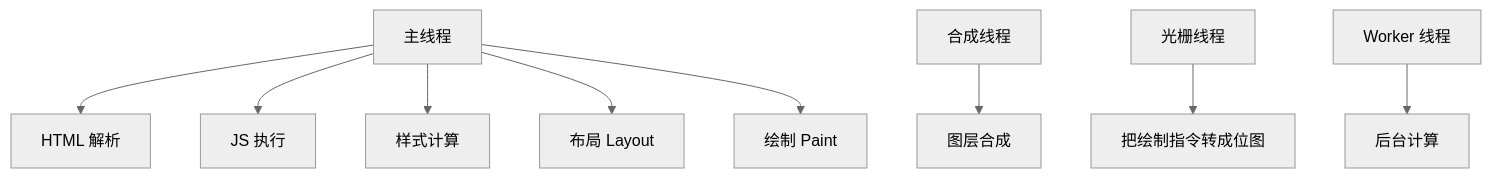
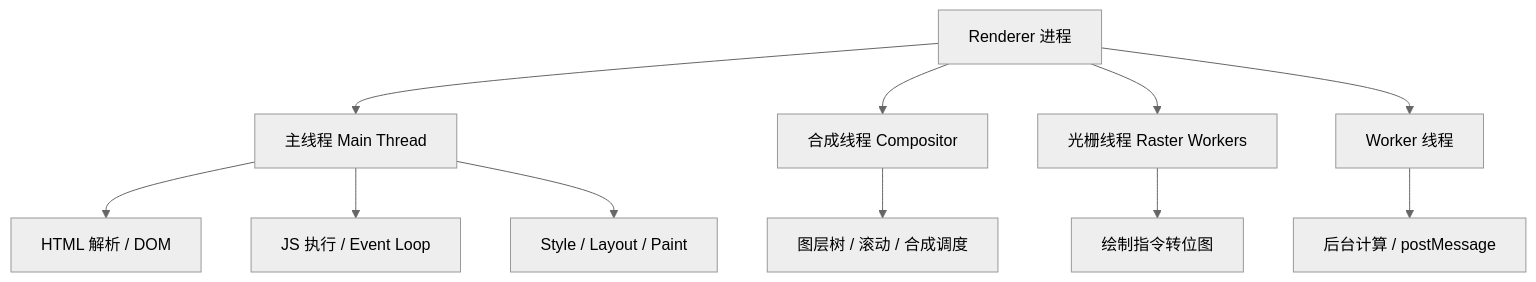
The second of 32 diagrams in 八股/浏览器原理面试八股整理.md (H-1234-S/Note), drawn with Mermaid (neutral theme) before and after one commit. The commit also changed other lines of this file, not shown here.

````diff
--- a/八股/浏览器原理面试八股整理.md
+++ b/八股/浏览器原理面试八股整理.md
@@ -424,11 +482,13 @@
 ```mermaid
 flowchart TD
-    A[主线程] --> A1[HTML 解析]
-    A --> A2[JS 执行]
-    A --> A3[样式计算]
-    A --> A4[布局 Layout]
-    A --> A5[绘制 Paint]
-    B[合成线程] --> B1[图层合成]
-    C[光栅线程] --> C1[把绘制指令转成位图]
-    D[Worker 线程] --> D1[后台计算]
+    R[Renderer 进程] --> M[主线程 Main Thread]
+    R --> C[合成线程 Compositor]
+    R --> RW[光栅线程 Raster Workers]
+    R --> W[Worker 线程]
+    M --> M1[HTML 解析 / DOM]
+    M --> M2[JS 执行 / Event Loop]
+    M --> M3[Style / Layout / Paint]
+    C --> C1[图层树 / 滚动 / 合成调度]
+    RW --> RW1[绘制指令转位图]
+    W --> W1[后台计算 / postMessage]
 ```
````
